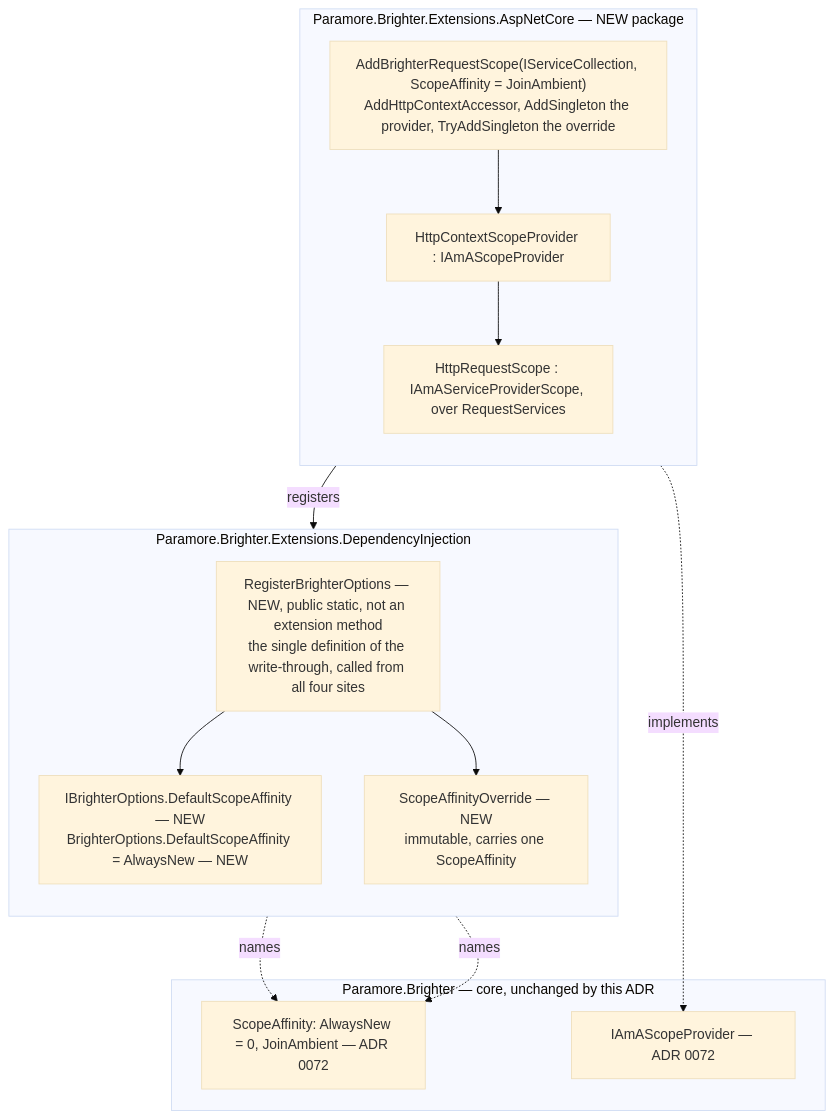
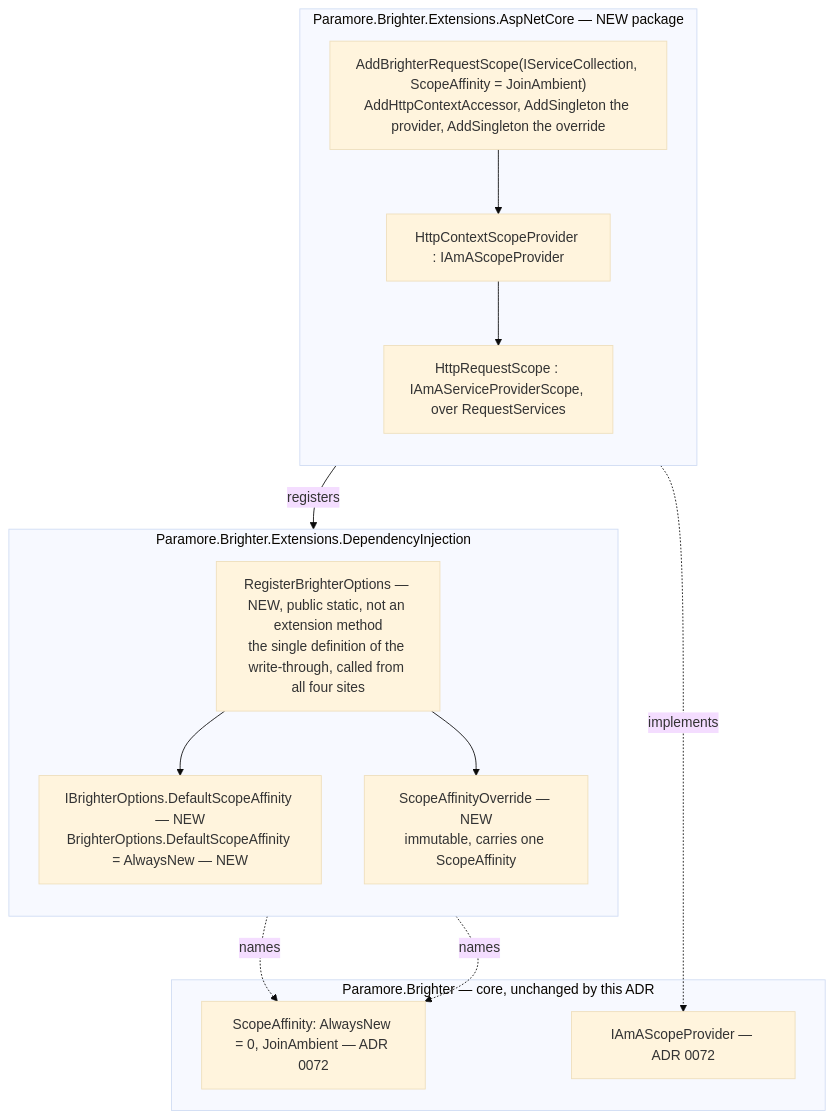
Before and after one commit to BrighterCommand/Brighter: the third of 3 diagrams in docs/adr/0073-scope-affinity-opt-in-and-registration.md, drawn with Mermaid (base theme). The commit also changed other lines of this file and 6 other files, not shown here.

````diff
--- a/docs/adr/0073-scope-affinity-opt-in-and-registration.md
+++ b/docs/adr/0073-scope-affinity-opt-in-and-registration.md
@@ -130,30 +130,30 @@
 ```mermaid
 flowchart TB
     subgraph core["Paramore.Brighter — core, unchanged by this ADR"]
         affinity["ScopeAffinity: AlwaysNew = 0, JoinAmbient — ADR 0072"]
         provider["IAmAScopeProvider — ADR 0072"]
     end
 
     subgraph di["Paramore.Brighter.Extensions.DependencyInjection"]
         direction TB
         opt["IBrighterOptions.DefaultScopeAffinity — NEW<br/>BrighterOptions.DefaultScopeAffinity = AlwaysNew — NEW"]
         ovr["ScopeAffinityOverride — NEW<br/>immutable, carries one ScopeAffinity"]
         reg["RegisterBrighterOptions — NEW, public static, not an extension method<br/>the single definition of the write-through, called from all four sites"]
         reg --> opt
         reg --> ovr
     end
 
     subgraph aspnet["Paramore.Brighter.Extensions.AspNetCore — NEW package"]
         direction TB
-        extn["AddBrighterRequestScope(IServiceCollection, ScopeAffinity = JoinAmbient)<br/>AddHttpContextAccessor, AddSingleton the provider, TryAddSingleton the override"]
+        extn["AddBrighterRequestScope(IServiceCollection, ScopeAffinity = JoinAmbient)<br/>AddHttpContextAccessor, AddSingleton the provider, AddSingleton the override"]
         hcsp["HttpContextScopeProvider : IAmAScopeProvider"]
         hrs["HttpRequestScope : IAmAServiceProviderScope, over RequestServices"]
         extn --> hcsp
         hcsp --> hrs
     end
 
     opt -. "names" .-> affinity
     ovr -. "names" .-> affinity
     hcsp -. "implements" .-> provider
     extn -- "registers" --> ovr
 ```
````
